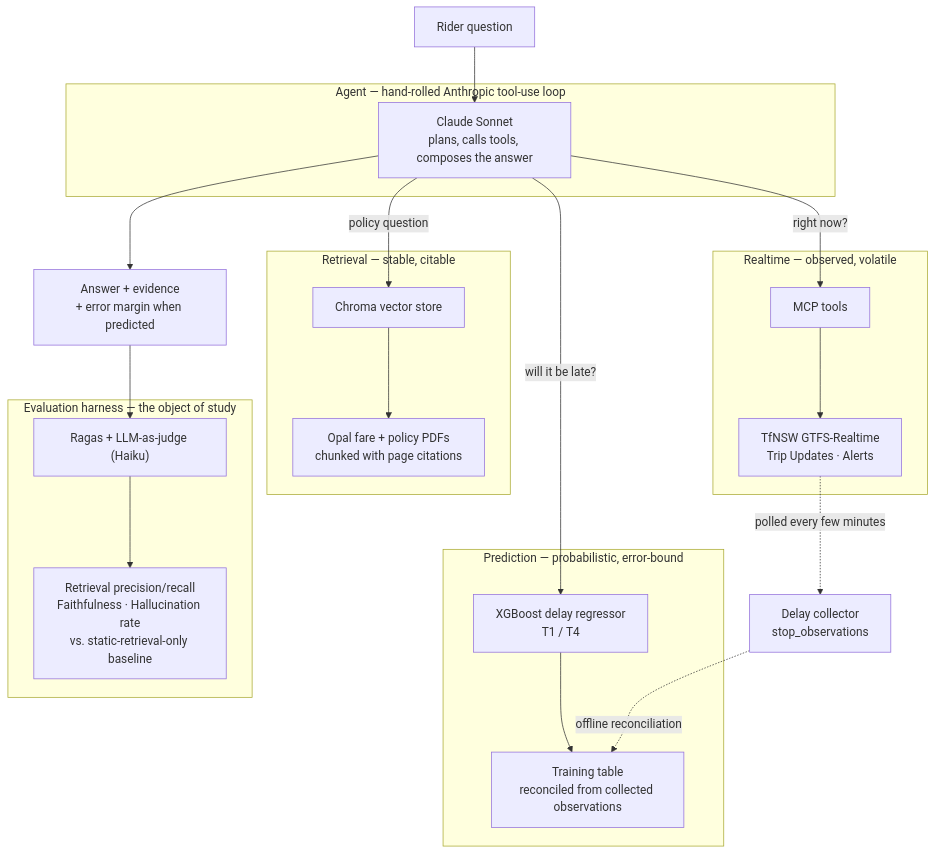
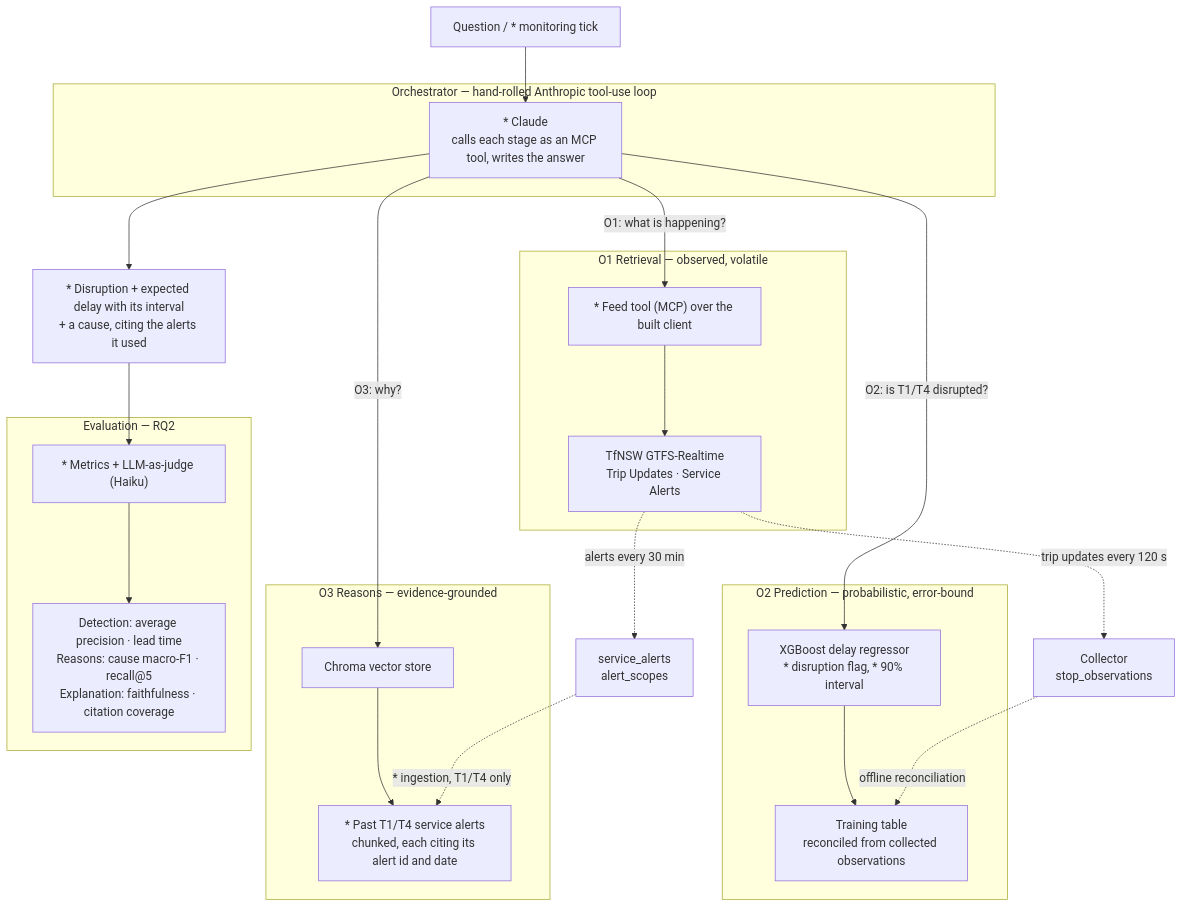
Before and after one commit to ALEXPJ02/faithful-transit-rag: the diagram in docs/01-architecture.md, drawn with Mermaid. The commit also changed other lines of this file and 21 other files, not shown here.

````diff
--- a/docs/01-architecture.md
+++ b/docs/01-architecture.md
@@ -8,35 +15,37 @@
 ```mermaid
 flowchart TB
-    U["Rider question"] --> AG
+    U["Question / * monitoring tick"] --> AG
 
-    subgraph AGENT["Agent — hand-rolled Anthropic tool-use loop"]
-        AG["Claude Sonnet<br/>plans, calls tools, composes the answer"]
+    subgraph AGENT["Orchestrator — hand-rolled Anthropic tool-use loop"]
+        AG["* Claude<br/>calls each stage as an MCP tool, writes the answer"]
     end
 
-    AG -->|"policy question"| RET
-    AG -->|"right now?"| RT
-    AG -->|"will it be late?"| PRED
+    AG -->|"O1: what is happening?"| RT
+    AG -->|"O2: is T1/T4 disrupted?"| PRED
+    AG -->|"O3: why?"| RET
 
-    subgraph STATIC["Retrieval — stable, citable"]
-        RET["Chroma vector store"] --> COR["Opal fare + policy PDFs<br/>chunked with page citations"]
+    subgraph LIVE["O1 Retrieval — observed, volatile"]
+        RT["* Feed tool (MCP) over the built client"] --> TF["TfNSW GTFS-Realtime<br/>Trip Updates · Service Alerts"]
     end
 
-    subgraph LIVE["Realtime — observed, volatile"]
-        RT["MCP tools"] --> TF["TfNSW GTFS-Realtime<br/>Trip Updates · Alerts"]
+    subgraph MODEL["O2 Prediction — probabilistic, error-bound"]
+        PRED["XGBoost delay regressor<br/>* disruption flag, * 90% interval"] --> TRAIN["Training table<br/>reconciled from collected observations"]
     end
 
-    subgraph MODEL["Prediction — probabilistic, error-bound"]
-        PRED["XGBoost delay regressor<br/>T1 / T4"] --> TRAIN["Training table<br/>reconciled from collected observations"]
+    subgraph STATIC["O3 Reasons — evidence-grounded"]
+        RET["Chroma vector store"] --> COR["* Past T1/T4 service alerts<br/>chunked, each citing its alert id and date"]
     end
 
-    TF -.->|"polled every few minutes"| COLL["Delay collector<br/>stop_observations"]
+    TF -.->|"trip updates every 120 s"| COLL["Collector<br/>stop_observations"]
+    TF -.->|"alerts every 30 min"| ALERTS["service_alerts<br/>alert_scopes"]
     COLL -.->|"offline reconciliation"| TRAIN
+    ALERTS -.->|"* ingestion, T1/T4 only"| COR
 
-    AG --> ANS["Answer + evidence<br/>+ error margin when predicted"]
+    AG --> ANS["* Disruption + expected delay with its interval<br/>+ a cause, citing the alerts it used"]
     ANS --> EVAL
 
-    subgraph HARNESS["Evaluation harness — the object of study"]
-        EVAL["Ragas + LLM-as-judge (Haiku)"]
-        EVAL --> M["Retrieval precision/recall<br/>Faithfulness · Hallucination rate<br/>vs. static-retrieval-only baseline"]
+    subgraph HARNESS["Evaluation — RQ2"]
+        EVAL["* Metrics + LLM-as-judge (Haiku)"]
+        EVAL --> M["Detection: average precision · lead time<br/>Reasons: cause macro-F1 · recall@5<br/>Explanation: faithfulness · citation coverage"]
     end
 ```
````
